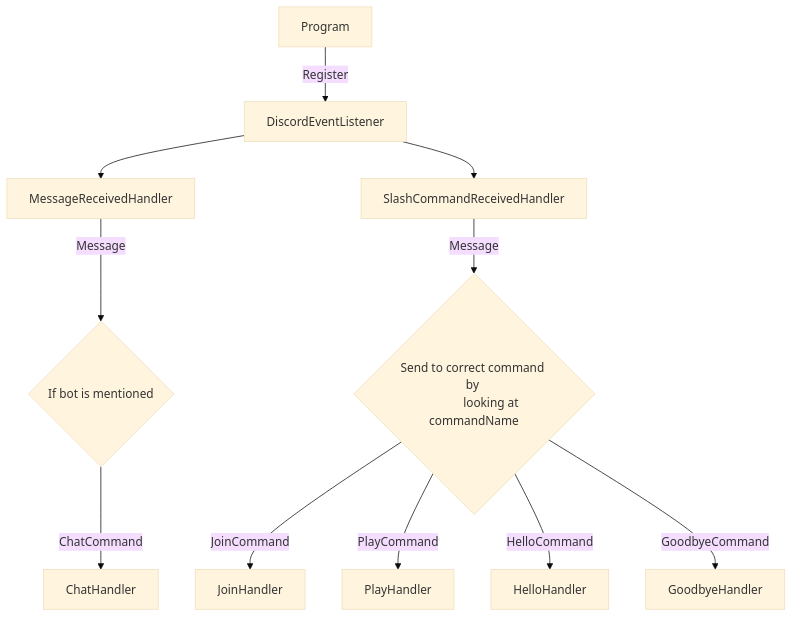
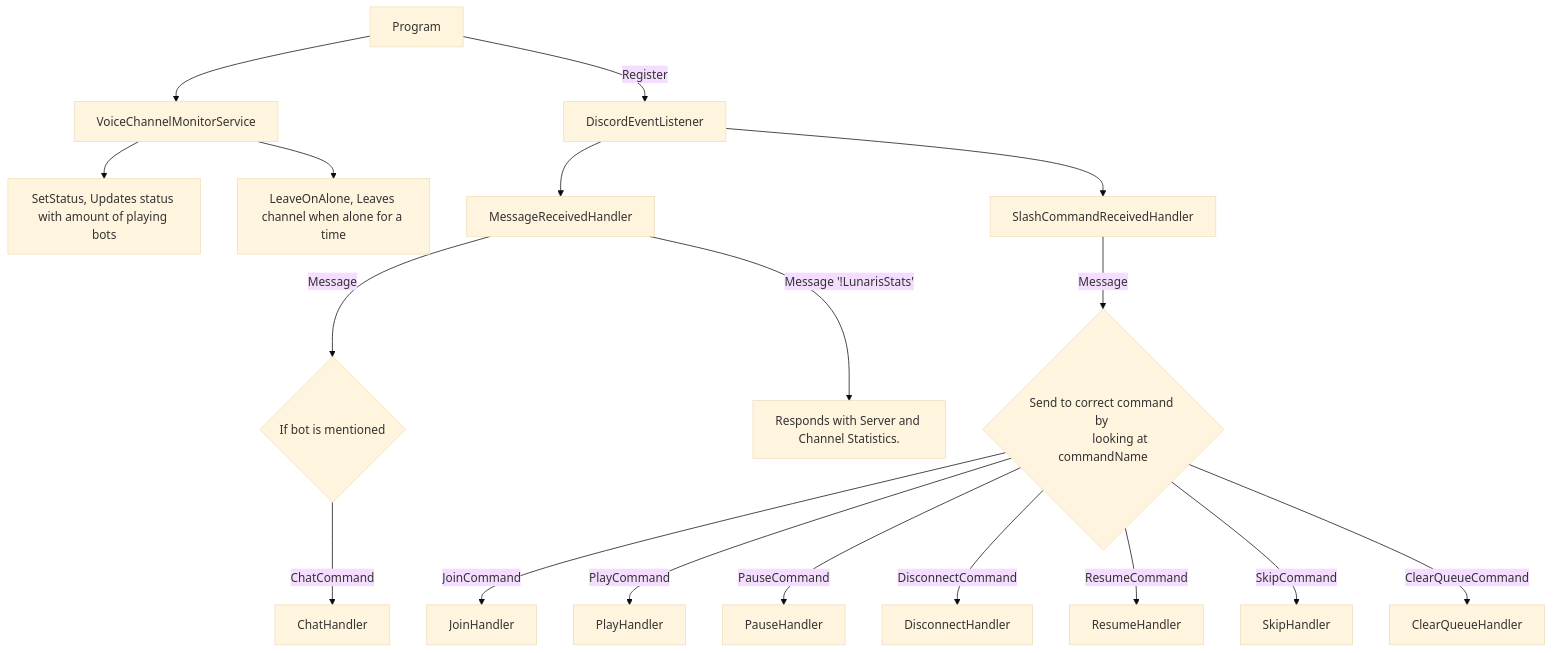
The first of 2 diagrams in Bot/README.md (Myxelium/Lunaris2.0), drawn with Mermaid (base theme) before and after one commit. The commit also changed other lines of this file, not shown here.

````diff
--- a/Bot/README.md
+++ b/Bot/README.md
@@ -2,18 +2,25 @@
 ```mermaid
 flowchart TD
     Program[Program] -->|Register| EventListener
+    Program --> Intervals[VoiceChannelMonitorService]
+    Intervals --> SetStatus[SetStatus, Updates status with amount of playing bots]
+    Intervals --> LeaveChannel[LeaveOnAlone, Leaves channel when alone for a time]
     EventListener[DiscordEventListener] --> A[MessageReceivedHandler]
 
     EventListener[DiscordEventListener] --> A2[SlashCommandReceivedHandler]
 
     A --> |Message| f{If bot is mentioned}
+    A --> |Message '!LunarisStats'| p[Responds with Server and Channel Statistics.]
     f --> |ChatCommand| v[ChatHandler]
 
     A2[SlashCommandReceivedHandler] -->|Message| C{Send to correct command by 
             looking at commandName}
 
     C -->|JoinCommand| D[JoinHandler]
     C -->|PlayCommand| E[PlayHandler]
-    C -->|HelloCommand| F[HelloHandler]
-    C -->|GoodbyeCommand| G[GoodbyeHandler]
+    C -->|PauseCommand| F[PauseHandler]
+    C -->|DisconnectCommand| H[DisconnectHandler]
+    C -->|ResumeCommand| J[ResumeHandler]
+    C -->|SkipCommand| K[SkipHandler]
+    C -->|ClearQueueCommand| L[ClearQueueHandler]
 ```
````
